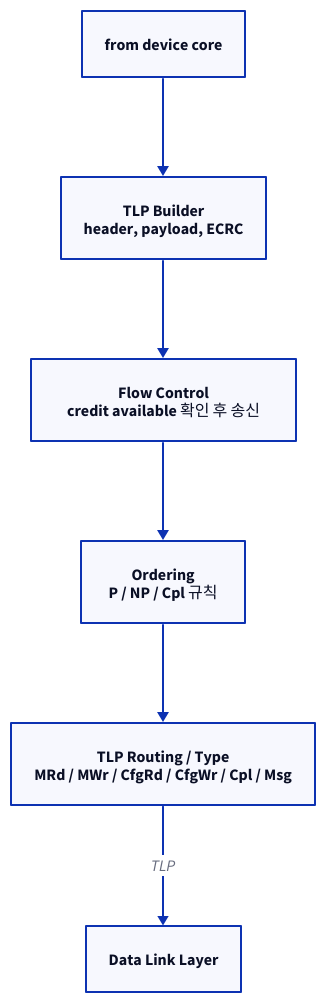
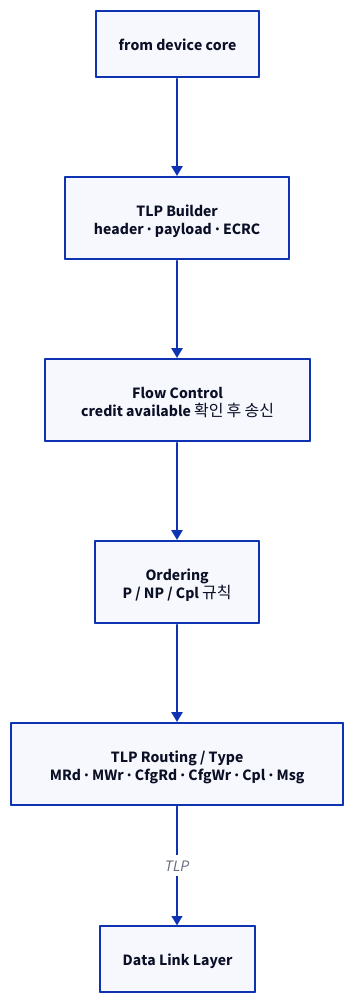
The fifth of 9 diagrams in topics/pcie/docs/02_layer_architecture.md (humbleowl39/DV_SKOOL), drawn with D2 before and after one commit. The commit also changed other lines of this file and 90 other files, not shown here.

First line of the commit message:
docs: 전 토픽 다이어그램 정비 — ASCII→D2, mermaid→D2, 과대 D2 가시성 수정

````diff
--- a/topics/pcie/docs/02_layer_architecture.md
+++ b/topics/pcie/docs/02_layer_architecture.md
@@ -267,15 +275,15 @@
 ```d2
 direction: down
 
 CORE: "from device core"
-BLD: "TLP Builder\nheader, payload, ECRC"
+BLD: "TLP Builder\nheader · payload · ECRC"
 FC: "Flow Control\ncredit available 확인 후 송신"
 ORD: "Ordering\nP / NP / Cpl 규칙"
-RT: "TLP Routing / Type\nMRd / MWr / CfgRd / CfgWr / Cpl / Msg"
+RT: "TLP Routing / Type\nMRd · MWr · CfgRd · CfgWr · Cpl · Msg"
 DLL: "Data Link Layer"
 CORE -> BLD
 BLD -> FC
 FC -> ORD
 ORD -> RT
 RT -> DLL: "TLP"
 ```
````
